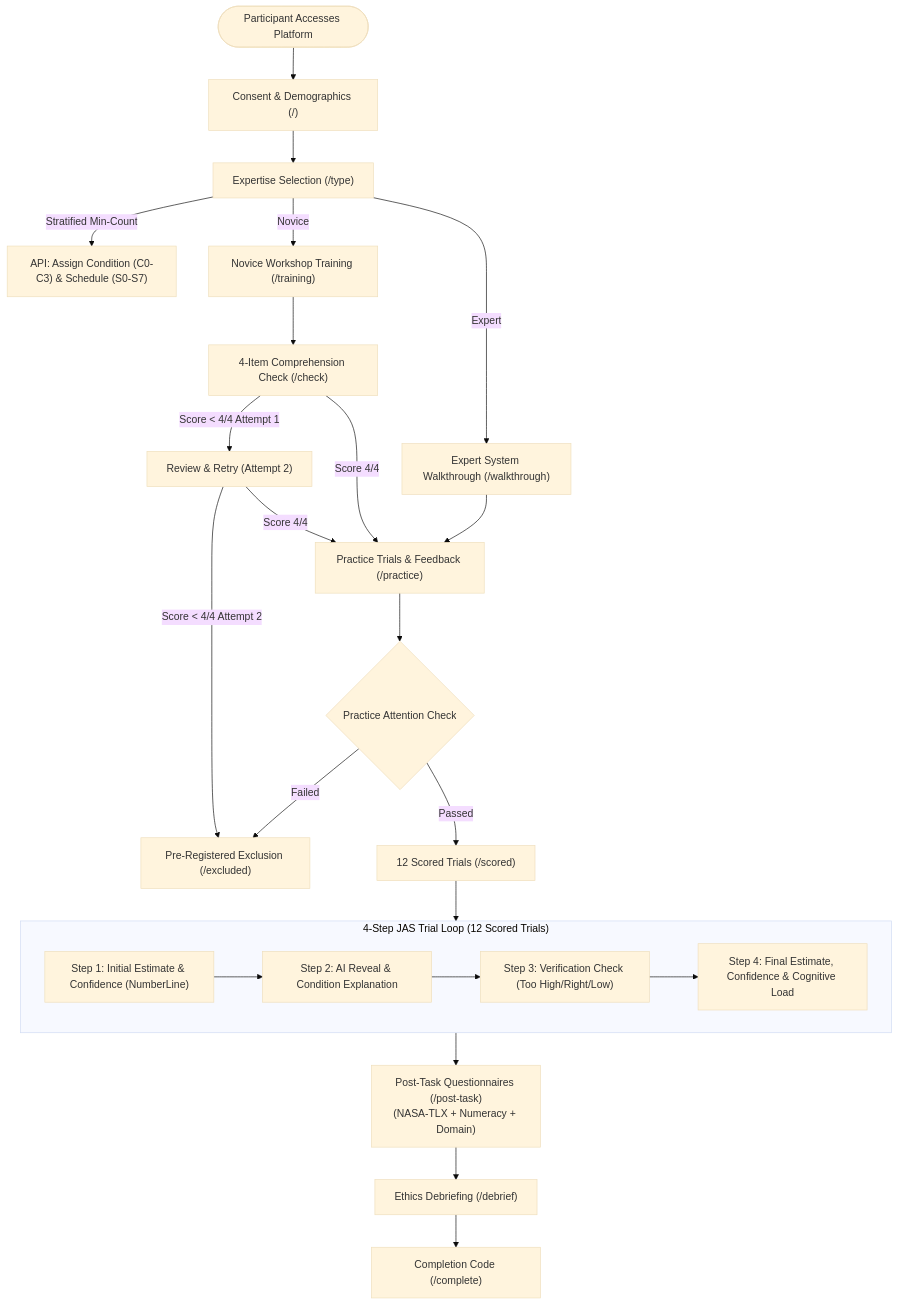
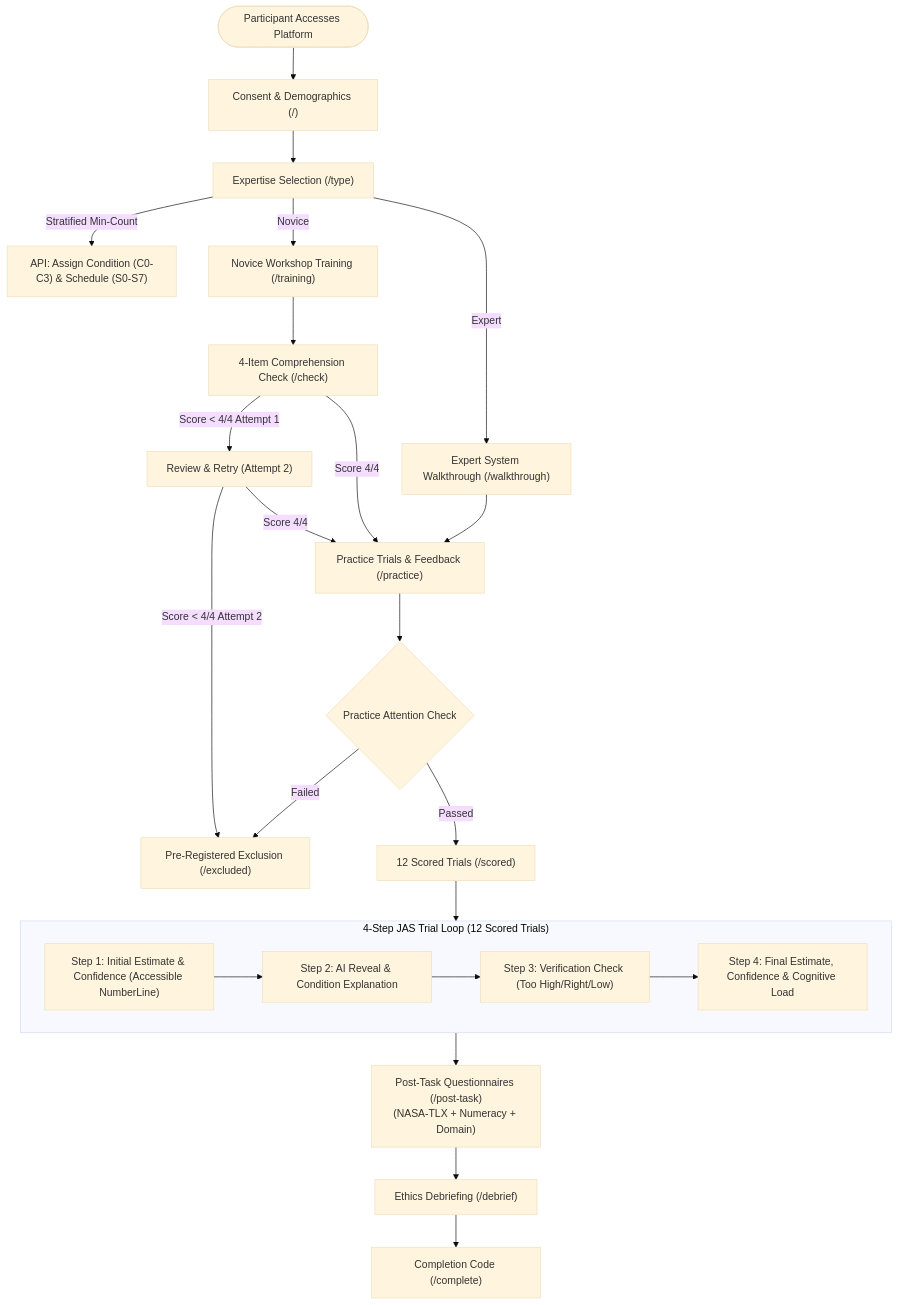
Before and after one commit to pranav18june/CHI-experiment: the second of 4 diagrams in TECHNICAL_REPORT.md, drawn with Mermaid (base theme). The commit also changed other lines of this file and 14 other files, not shown here.

````diff
--- a/TECHNICAL_REPORT.md
+++ b/TECHNICAL_REPORT.md
@@ -101,35 +119,35 @@
 ```mermaid
 flowchart TD
     Start([Participant Accesses Platform]) --> Consent["Consent & Demographics (/)"]
     Consent --> TypeSelect["Expertise Selection (/type)"]
     
     TypeSelect -->|Stratified Min-Count| AssignMode["API: Assign Condition (C0-C3) & Schedule (S0-S7)"]
     
     TypeSelect -->|Novice| Training["Novice Workshop Training (/training)"]
     TypeSelect -->|Expert| Walkthrough["Expert System Walkthrough (/walkthrough)"]
     
     Training --> Check["4-Item Comprehension Check (/check)"]
     Check -->|Score < 4/4 Attempt 1| RetryCheck["Review & Retry (Attempt 2)"]
     RetryCheck -->|Score < 4/4 Attempt 2| Excluded["Pre-Registered Exclusion (/excluded)"]
     
     Check -->|Score 4/4| Practice["Practice Trials & Feedback (/practice)"]
     Walkthrough --> Practice
     RetryCheck -->|Score 4/4| Practice
 
     Practice --> AttentionCheck{"Practice Attention Check"}
     AttentionCheck -->|Failed| Excluded
     AttentionCheck -->|Passed| Scored["12 Scored Trials (/scored)"]
 
     subgraph TrialFlow ["4-Step JAS Trial Loop (12 Scored Trials)"]
-        S1["Step 1: Initial Estimate & Confidence (NumberLine)"]
+        S1["Step 1: Initial Estimate & Confidence (Accessible NumberLine)"]
         S2["Step 2: AI Reveal & Condition Explanation"]
         S3["Step 3: Verification Check (Too High/Right/Low)"]
         S4["Step 4: Final Estimate, Confidence & Cognitive Load"]
         S1 --> S2 --> S3 --> S4
     end
 
     Scored --> TrialFlow
     TrialFlow --> PostTask["Post-Task Questionnaires (/post-task)\n(NASA-TLX + Numeracy + Domain)"]
     PostTask --> Debrief["Ethics Debriefing (/debrief)"]
     Debrief --> Complete["Completion Code (/complete)"]
 ```
````
